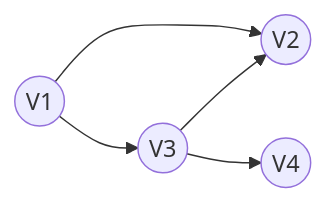
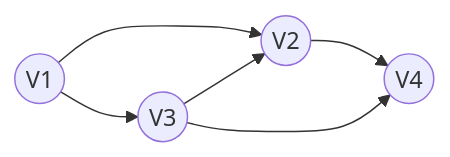
Before and after one commit to ZongAn-W/MyObsidian: the second of 12 diagrams in 408/数据结构/图.md, drawn with Mermaid. The commit also changed other lines of this file and 1 other file, not shown here.

````diff
--- a/408/数据结构/图.md
+++ b/408/数据结构/图.md
@@ -42,7 +42,12 @@
 ```mermaid
 flowchart LR
+    V1(("V1"))
+    V2(("V2"))
+    V3(("V3"))
+    V4(("V4"))
     V1(("V1")) --> V2(("V2"))
     V1 --> V3(("V3"))
     V3 --> V2
     V3 --> V4(("V4"))
+    V2 --> V4
 ```
````
